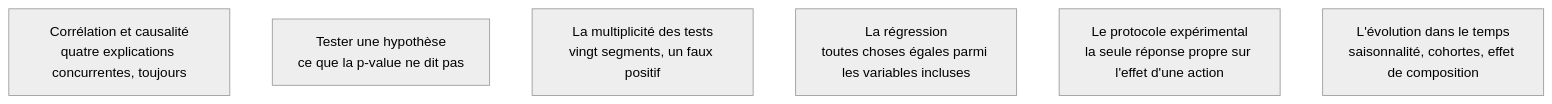
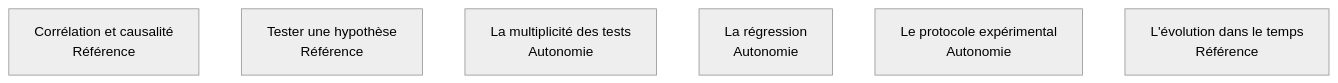
One commit to floSa/Atlas-Metiers-Roadmaps changed the diagram in content/parcours/data-analyst/analyser/index.md. Above: the diagram before and after it, drawn with Mermaid (neutral theme). The commit also changed 20 other files, not shown here.

First line of the commit message:
Data Analyst et BI Analyst : le niveau attendu passe dans les cases des cartes

````diff
--- a/content/parcours/data-analyst/analyser/index.md
+++ b/content/parcours/data-analyst/analyser/index.md
@@ -11,16 +11,16 @@
 ```mermaid
 flowchart TD
-  C["Corrélation et causalité<br/>quatre explications concurrentes, toujours"]
-  T["Tester une hypothèse<br/>ce que la p-value ne dit pas"]
-  M["La multiplicité des tests<br/>vingt segments, un faux positif"]
-  R["La régression<br/>toutes choses égales parmi les variables incluses"]
-  E["Le protocole expérimental<br/>la seule réponse propre sur l'effet d'une action"]
-  D["L'évolution dans le temps<br/>saisonnalité, cohortes, effet de composition"]
+  C["Corrélation et causalité<br/>Référence"]
+  T["Tester une hypothèse<br/>Référence"]
+  M["La multiplicité des tests<br/>Autonomie"]
+  R["La régression<br/>Autonomie"]
+  E["Le protocole expérimental<br/>Autonomie"]
+  D["L'évolution dans le temps<br/>Référence"]
 
   click C "/parcours/data-analyst/analyser/correlation-et-causalite"
   click T "/parcours/data-analyst/analyser/tester-une-hypothese"
   click M "/parcours/data-analyst/analyser/la-multiplicite-des-tests"
   click R "/parcours/data-analyst/analyser/la-regression"
   click E "/parcours/data-analyst/analyser/le-protocole-experimental"
   click D "/parcours/data-analyst/analyser/l-evolution-dans-le-temps"
 ```
````
